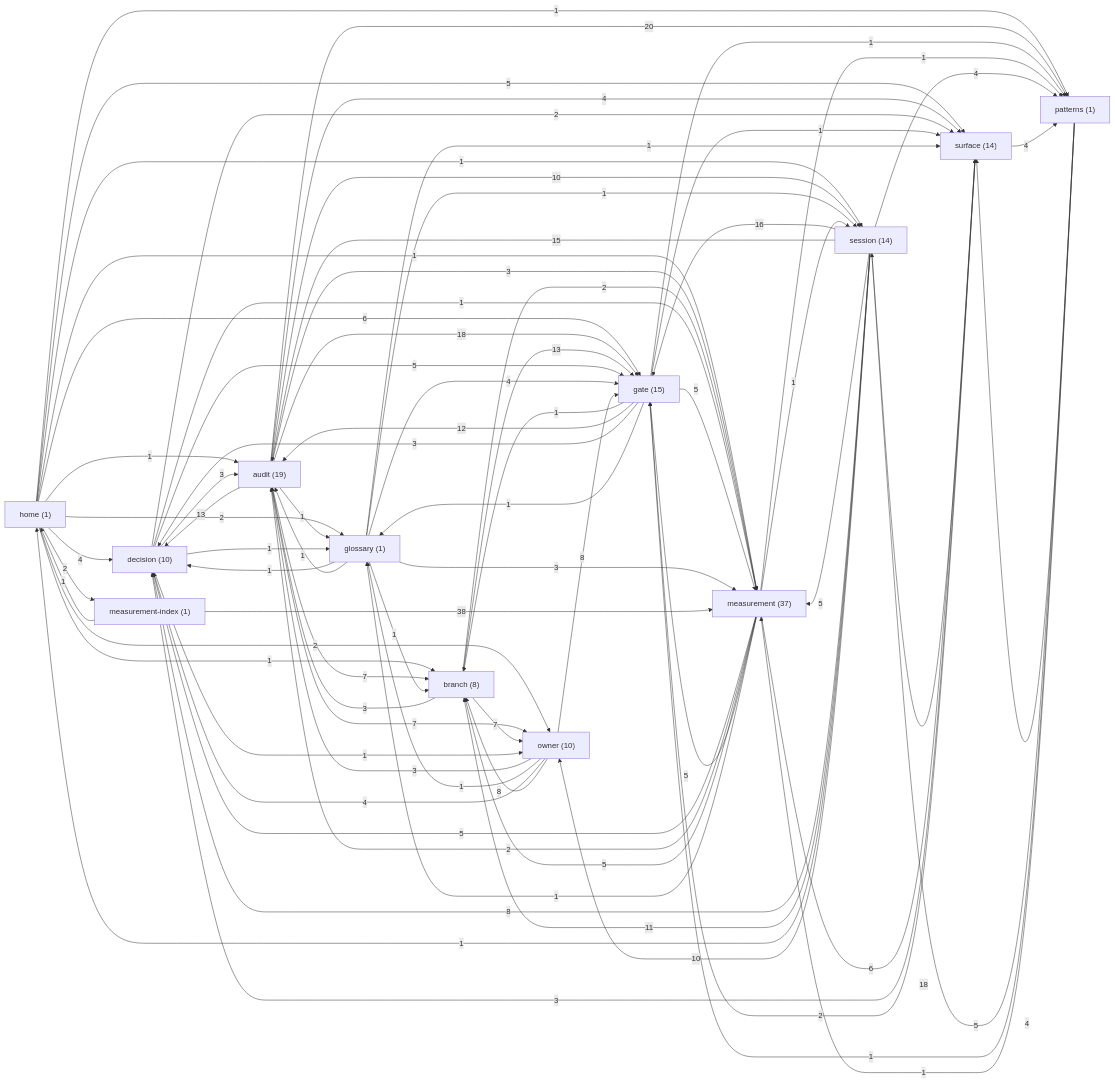
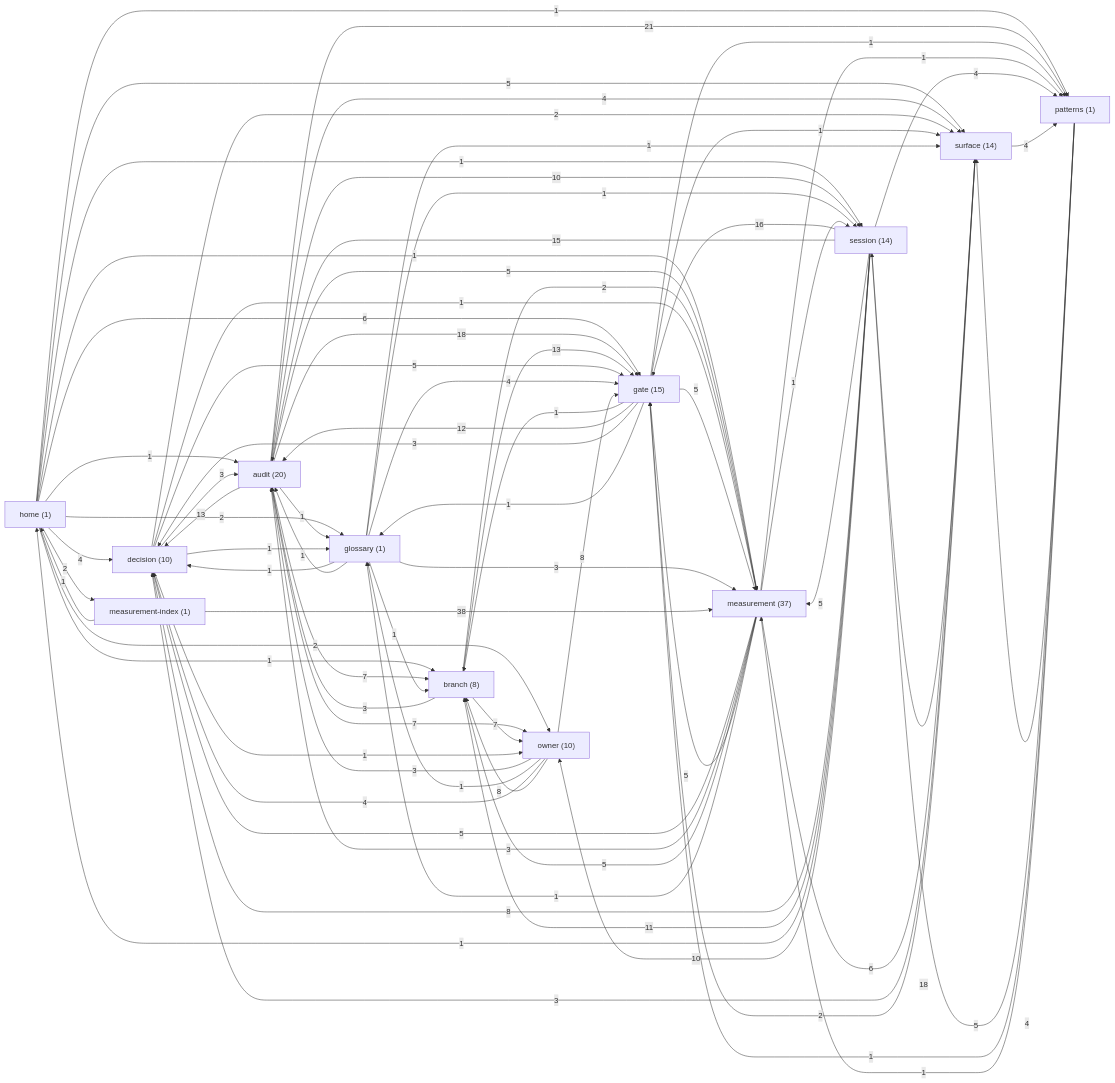
The diagram in docs/brain/GRAPH.md (sergey9519546/STORYMACHINE), drawn with Mermaid before and after one commit. The commit also changed other lines of this file and 4 other files, not shown here.

````diff
--- a/docs/brain/GRAPH.md
+++ b/docs/brain/GRAPH.md
@@ -9,7 +9,7 @@
 ```mermaid
 graph LR
   home["home (1)"]
-  audit["audit (19)"]
+  audit["audit (20)"]
   branch["branch (8)"]
   decision["decision (10)"]
   gate["gate (15)"]
@@ -36,10 +36,10 @@
   audit -->|7| branch
   audit -->|18| gate
   audit -->|13| decision
-  audit -->|20| patterns
+  audit -->|21| patterns
   audit -->|7| owner
   audit -->|4| surface
-  audit -->|3| measurement
+  audit -->|5| measurement
   branch -->|3| audit
   branch -->|7| owner
   branch -->|13| gate
@@ -58,7 +58,7 @@
   gate -->|1| glossary
   gate -->|1| surface
   measurement -->|5| decision
-  measurement -->|2| audit
+  measurement -->|3| audit
   glossary -->|1| branch
   glossary -->|3| measurement
   glossary -->|1| surface
````
